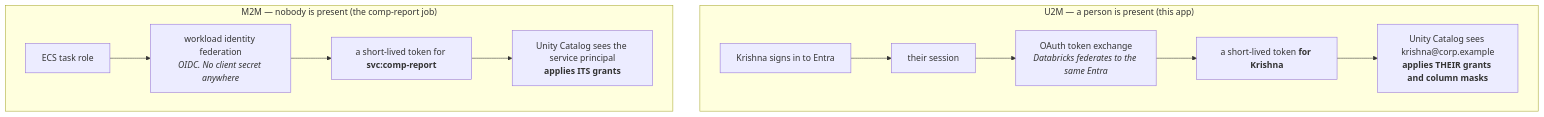
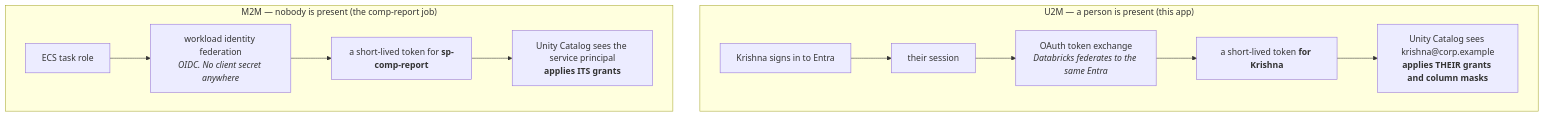
The third of 3 diagrams in README.md (KRISHNABR/insights-headcount-dashboard), drawn with Mermaid before and after one commit.

First paragraph of the commit message:
One service identity, and a way to read the logs
Three things, all found by running the thing rather than reading it.

````diff
--- a/README.md
+++ b/README.md
@@ -209,15 +209,15 @@
 ```mermaid
 flowchart TB
   subgraph U["U2M — a person is present (this app)"]
     UA["Krishna signs in to Entra"] --> UB["their session"]
     UB --> UC1["OAuth token exchange<br/><i>Databricks federates to the same Entra</i>"]
     UC1 --> UD["a short-lived token <b>for Krishna</b>"]
     UD --> UE["Unity Catalog sees krishna@corp.example<br/><b>applies THEIR grants and column masks</b>"]
   end
 
   subgraph M["M2M — nobody is present (the comp-report job)"]
     MA["ECS task role"] --> MB["workload identity federation<br/><i>OIDC. No client secret anywhere</i>"]
-    MB --> MC["a short-lived token for <b>svc:comp-report</b>"]
+    MB --> MC["a short-lived token for <b>sp-comp-report</b>"]
     MC --> MD["Unity Catalog sees the service principal<br/><b>applies ITS grants</b>"]
   end
 ```
````
